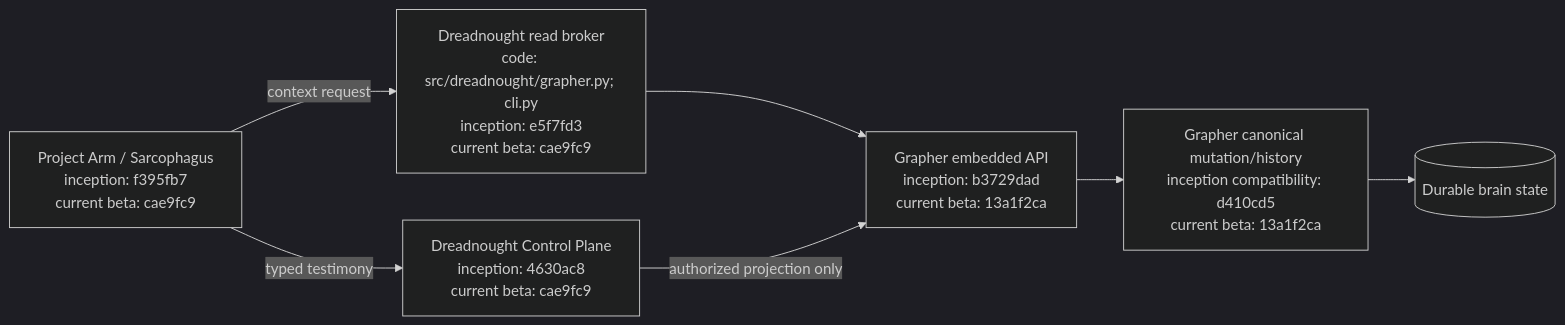
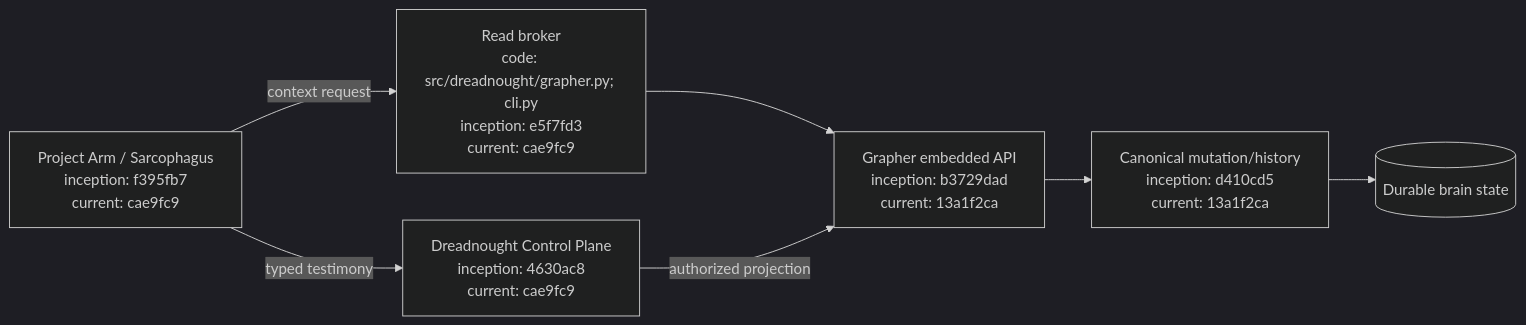
The first of 2 diagrams in docs/GRAPHER_INTEGRATION.md (seanbman/dreadnought), drawn with Mermaid (dark theme) before and after one commit. The commit also changed other lines of this file, not shown here.

Commit message:
Normalize Grapher integration provenance markers

````diff
--- a/docs/GRAPHER_INTEGRATION.md
+++ b/docs/GRAPHER_INTEGRATION.md
@@ -73,9 +66,9 @@
 ```mermaid
 flowchart LR
-    A["Project Arm / Sarcophagus\ninception: f395fb7\ncurrent beta: cae9fc9"] -->|typed testimony| D["Dreadnought Control Plane\ninception: 4630ac8\ncurrent beta: cae9fc9"]
-    A -->|context request| R["Dreadnought read broker\ncode: src/dreadnought/grapher.py; cli.py\ninception: e5f7fd3\ncurrent beta: cae9fc9"]
-    R --> E["Grapher embedded API\ninception: b3729dad\ncurrent beta: 13a1f2ca"]
-    D -->|authorized projection only| E
-    E --> G["Grapher canonical mutation/history\ninception compatibility: d410cd5\ncurrent beta: 13a1f2ca"]
+    A["Project Arm / Sarcophagus\ninception: f395fb7\ncurrent: cae9fc9"] -->|typed testimony| D["Dreadnought Control Plane\ninception: 4630ac8\ncurrent: cae9fc9"]
+    A -->|context request| R["Read broker\ncode: src/dreadnought/grapher.py; cli.py\ninception: e5f7fd3\ncurrent: cae9fc9"]
+    R --> E["Grapher embedded API\ninception: b3729dad\ncurrent: 13a1f2ca"]
+    D -->|authorized projection| E
+    E --> G["Canonical mutation/history\ninception: d410cd5\ncurrent: 13a1f2ca"]
     G --> B[("Durable brain state")]
 ```
````
